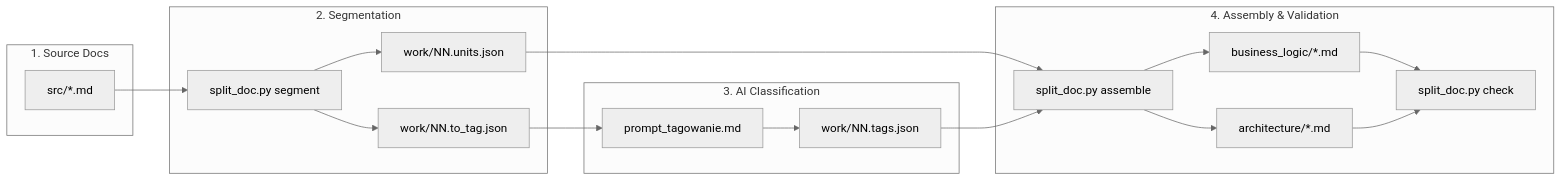
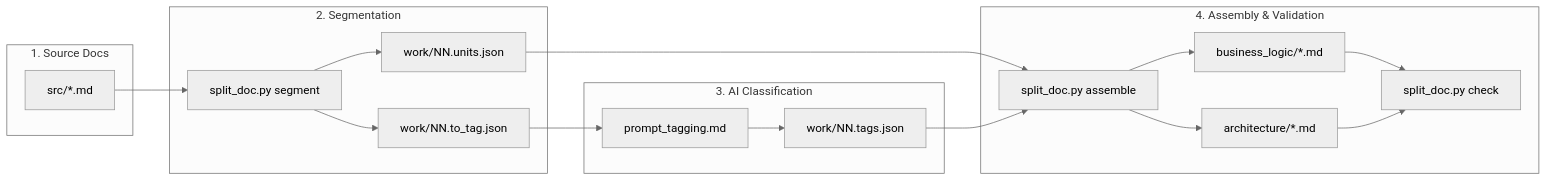
Before and after one commit to rafalmadej1/ContextFileSplitter: the diagram in README.md, drawn with Mermaid (neutral theme). The commit also changed other lines of this file and 2 other files, not shown here.

Commit message:
Rename prompt_tagowanie.md to prompt_tagging.md and update references

````diff
--- a/README.md
+++ b/README.md
@@ -43,36 +43,36 @@
 ```mermaid
 flowchart LR
     subgraph Input["1. Source Docs"]
         SRC["src/*.md"]
     end
 
     subgraph Segment["2. Segmentation"]
         SEG["split_doc.py segment"]
         UNITS["work/NN.units.json"]
         TOTAG["work/NN.to_tag.json"]
     end
 
     subgraph Classify["3. AI Classification"]
-        PROMPT["prompt_tagowanie.md"]
+        PROMPT["prompt_tagging.md"]
         TAGS["work/NN.tags.json"]
     end
 
     subgraph Output["4. Assembly & Validation"]
         ASM["split_doc.py assemble"]
         CHK["split_doc.py check"]
         BL["business_logic/*.md"]
         AR["architecture/*.md"]
     end
 
     SRC --> SEG
     SEG --> UNITS
     SEG --> TOTAG
     TOTAG --> PROMPT
     PROMPT --> TAGS
     UNITS --> ASM
     TAGS --> ASM
     ASM --> BL
     ASM --> AR
     BL --> CHK
     AR --> CHK
 ```
````
